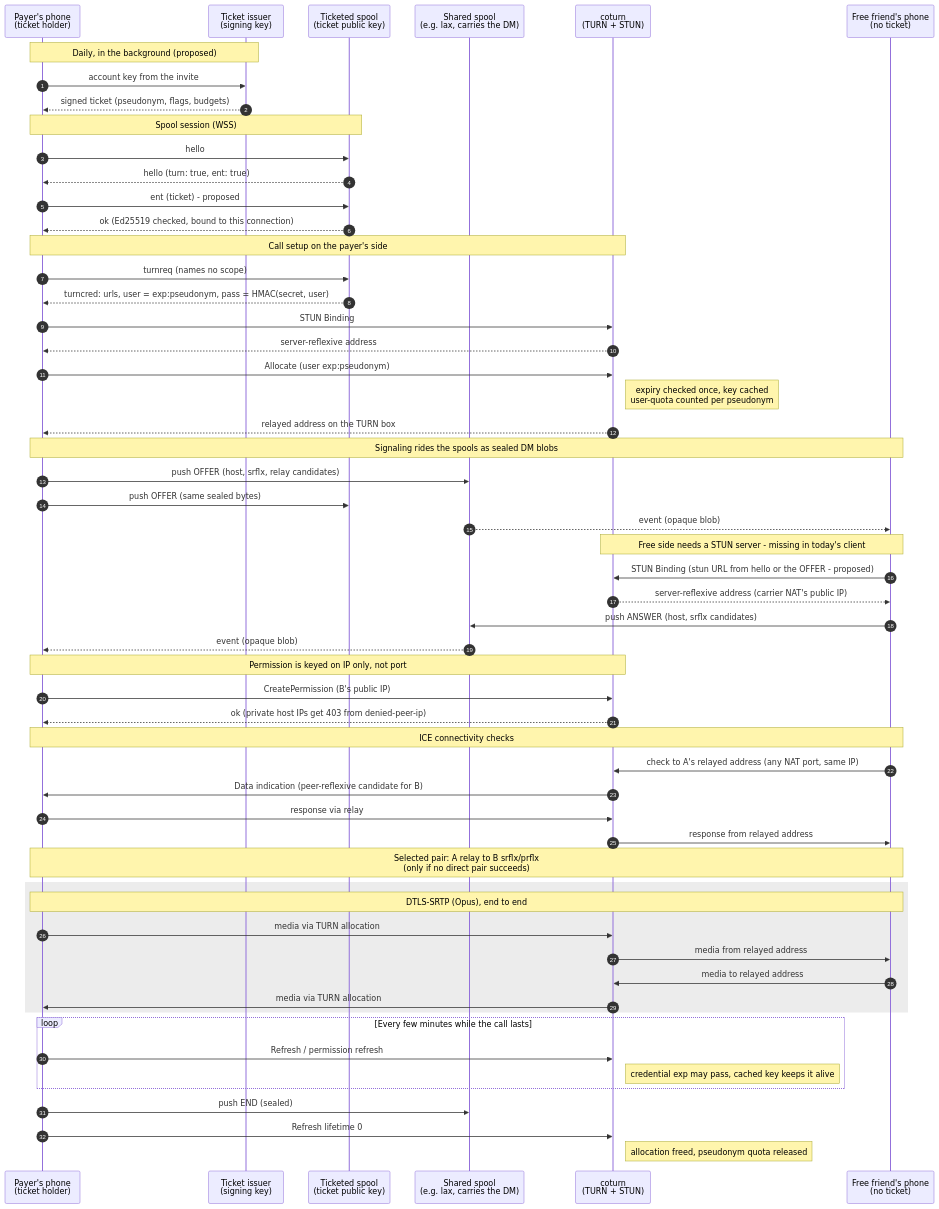
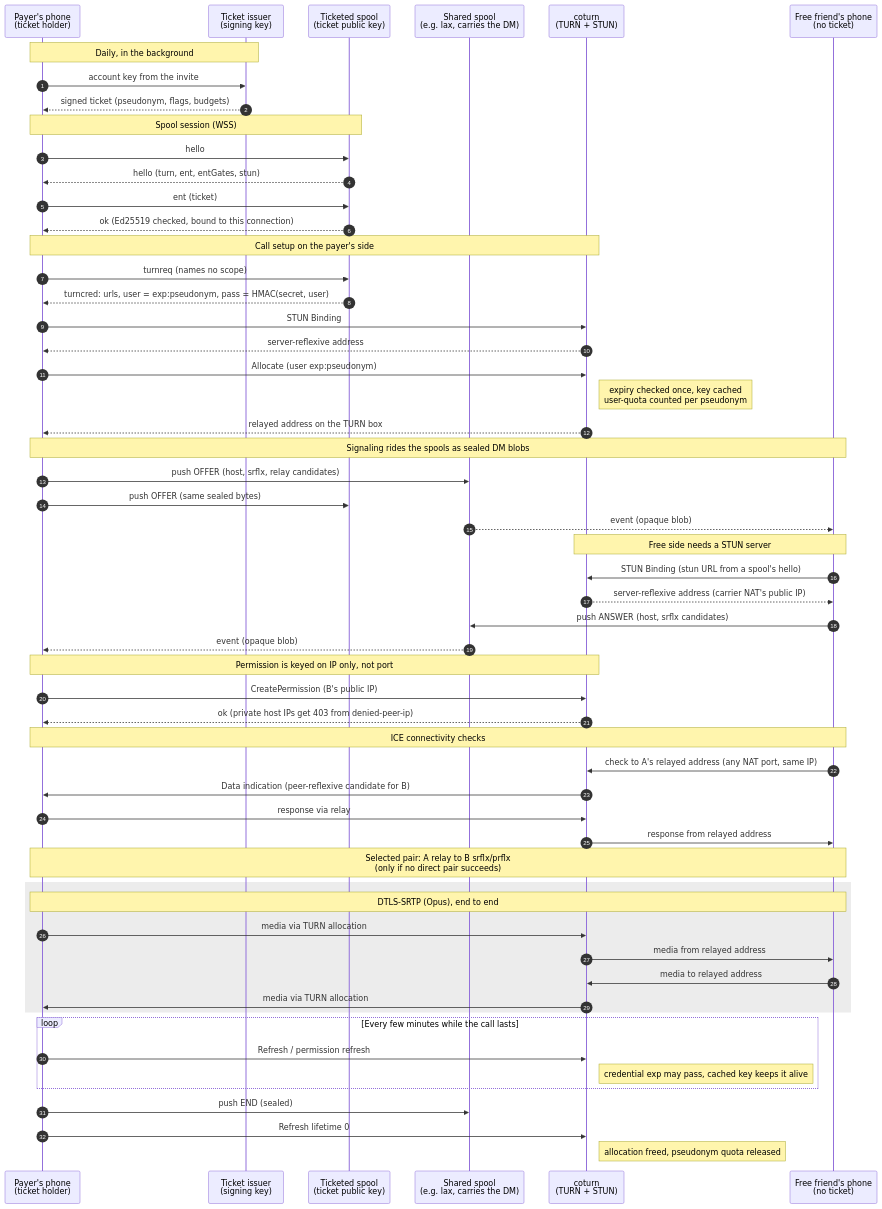
Before and after one commit to getknit/knit-spool: the diagram in .agents/context/ticketed-call-sequence.md, drawn with Mermaid. The commit also changed other lines of this file and 2 other files, not shown here.

Commit message:
docs: bring the bxsg status and ticketed call sequence up to date

````diff
--- a/.agents/context/ticketed-call-sequence.md
+++ b/.agents/context/ticketed-call-sequence.md
@@ -30,68 +36,68 @@
 ```mermaid
 sequenceDiagram
     autonumber
     participant A as Payer's phone<br/>(ticket holder)
     participant W as Ticket issuer<br/>(signing key)
     participant AS as Ticketed spool<br/>(ticket public key)
     participant SS as Shared spool<br/>(e.g. lax, carries the DM)
     participant T as coturn<br/>(TURN + STUN)
     participant B as Free friend's phone<br/>(no ticket)
 
-    Note over A,W: Daily, in the background (proposed)
+    Note over A,W: Daily, in the background
     A->>W: account key from the invite
     W-->>A: signed ticket (pseudonym, flags, budgets)
 
     Note over A,AS: Spool session (WSS)
     A->>AS: hello
-    AS-->>A: hello (turn: true, ent: true)
-    A->>AS: ent (ticket) - proposed
+    AS-->>A: hello (turn, ent, entGates, stun)
+    A->>AS: ent (ticket)
     AS-->>A: ok (Ed25519 checked, bound to this connection)
 
     Note over A,T: Call setup on the payer's side
     A->>AS: turnreq (names no scope)
     AS-->>A: turncred: urls, user = exp:pseudonym, pass = HMAC(secret, user)
     A->>T: STUN Binding
     T-->>A: server-reflexive address
     A->>T: Allocate (user exp:pseudonym)
     Note right of T: expiry checked once, key cached<br/>user-quota counted per pseudonym
     T-->>A: relayed address on the TURN box
 
     Note over A,B: Signaling rides the spools as sealed DM blobs
     A->>SS: push OFFER (host, srflx, relay candidates)
     A->>AS: push OFFER (same sealed bytes)
     SS-->>B: event (opaque blob)
 
-    Note over B,T: Free side needs a STUN server - missing in today's client
-    B->>T: STUN Binding (stun URL from hello or the OFFER - proposed)
+    Note over B,T: Free side needs a STUN server
+    B->>T: STUN Binding (stun URL from a spool's hello)
     T-->>B: server-reflexive address (carrier NAT's public IP)
     B->>SS: push ANSWER (host, srflx candidates)
     SS-->>A: event (opaque blob)
 
     Note over A,T: Permission is keyed on IP only, not port
     A->>T: CreatePermission (B's public IP)
     T-->>A: ok (private host IPs get 403 from denied-peer-ip)
 
     Note over A,B: ICE connectivity checks
     B->>T: check to A's relayed address (any NAT port, same IP)
     T->>A: Data indication (peer-reflexive candidate for B)
     A->>T: response via relay
     T->>B: response from relayed address
     Note over A,B: Selected pair: A relay to B srflx/prflx<br/>(only if no direct pair succeeds)
 
     rect rgba(127, 127, 127, 0.15)
         Note over A,B: DTLS-SRTP (Opus), end to end
         A->>T: media via TURN allocation
         T->>B: media from relayed address
         B->>T: media to relayed address
         T->>A: media via TURN allocation
     end
 
     loop Every few minutes while the call lasts
         A->>T: Refresh / permission refresh
         Note right of T: credential exp may pass, cached key keeps it alive
     end
 
     A->>SS: push END (sealed)
     A->>T: Refresh lifetime 0
     Note right of T: allocation freed, pseudonym quota released
 ```
````
